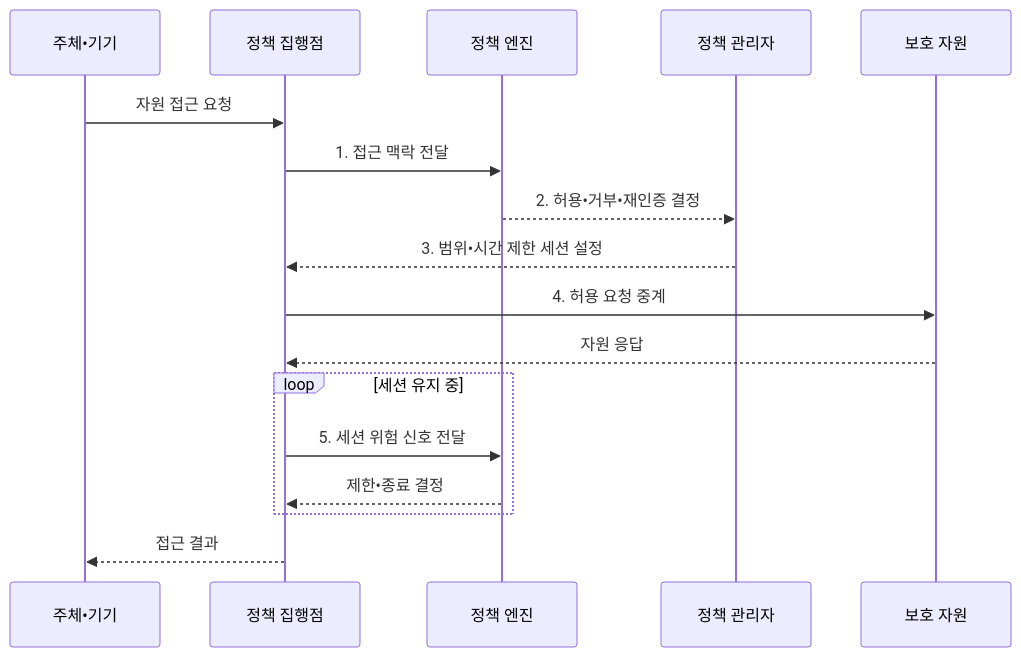
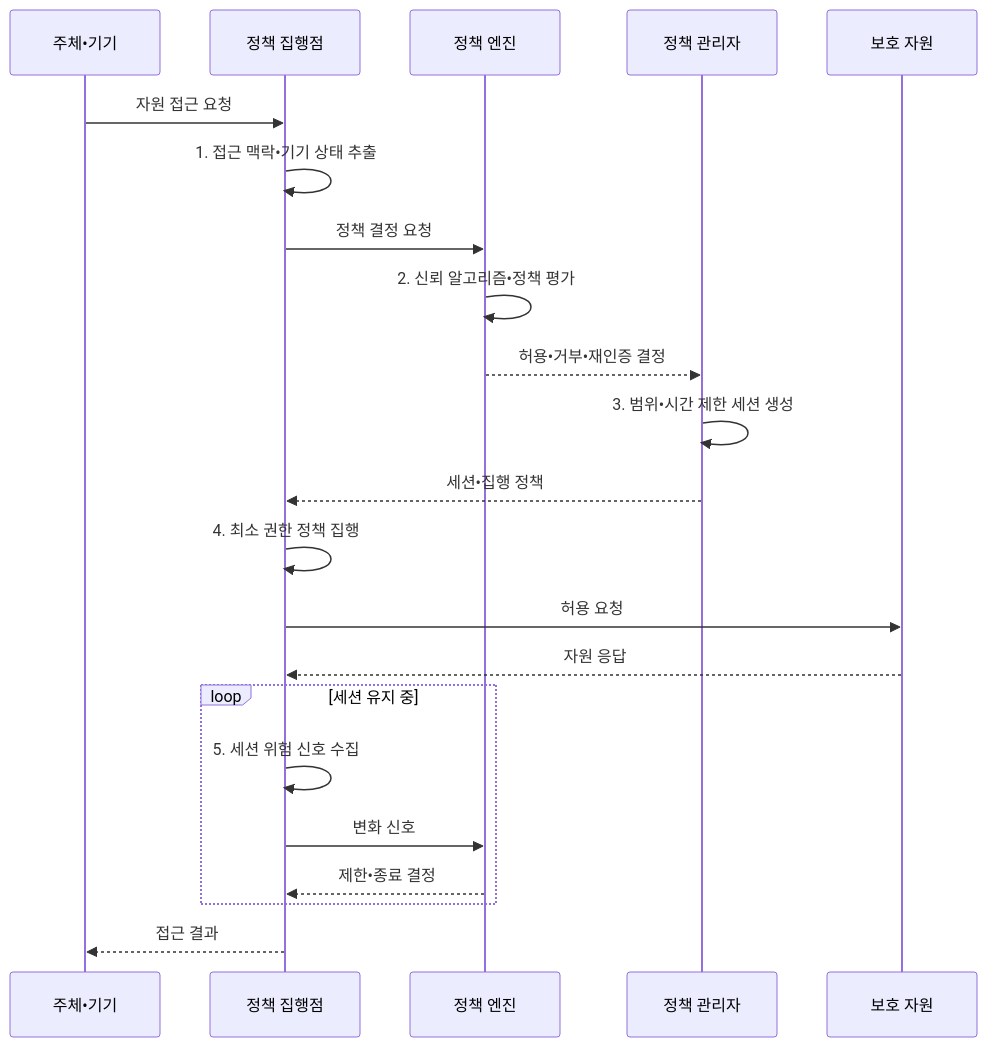
Before and after one commit to agnusdei1207/knowledge-base: the second of 2 diagrams in src/content/docs/notes/05-security/063_zero_trust.md, drawn with Mermaid. The commit also changed other lines of this file and 20 other files, not shown here.

````diff
--- a/src/content/docs/notes/05-security/063_zero_trust.md
+++ b/src/content/docs/notes/05-security/063_zero_trust.md
@@ -100,19 +100,24 @@
 ```mermaid
 sequenceDiagram
     participant U as 주체•기기
     participant E as 정책 집행점
     participant P as 정책 엔진
     participant A as 정책 관리자
     participant R as 보호 자원
     U->>E: 자원 접근 요청
-    E->>P: 1. 접근 맥락 전달
-    P-->>A: 2. 허용•거부•재인증 결정
-    A-->>E: 3. 범위•시간 제한 세션 설정
-    E->>R: 4. 허용 요청 중계
+    E->>E: 1. 접근 맥락•기기 상태 추출
+    E->>P: 정책 결정 요청
+    P->>P: 2. 신뢰 알고리즘•정책 평가
+    P-->>A: 허용•거부•재인증 결정
+    A->>A: 3. 범위•시간 제한 세션 생성
+    A-->>E: 세션•집행 정책
+    E->>E: 4. 최소 권한 정책 집행
+    E->>R: 허용 요청
     R-->>E: 자원 응답
     loop 세션 유지 중
-        E->>P: 5. 세션 위험 신호 전달
+        E->>E: 5. 세션 위험 신호 수집
+        E->>P: 변화 신호
         P-->>E: 제한•종료 결정
     end
     E-->>U: 접근 결과
 ```
````
